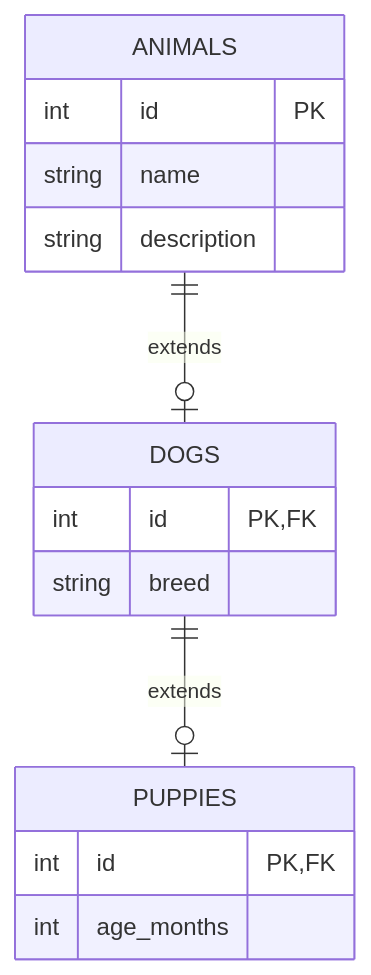
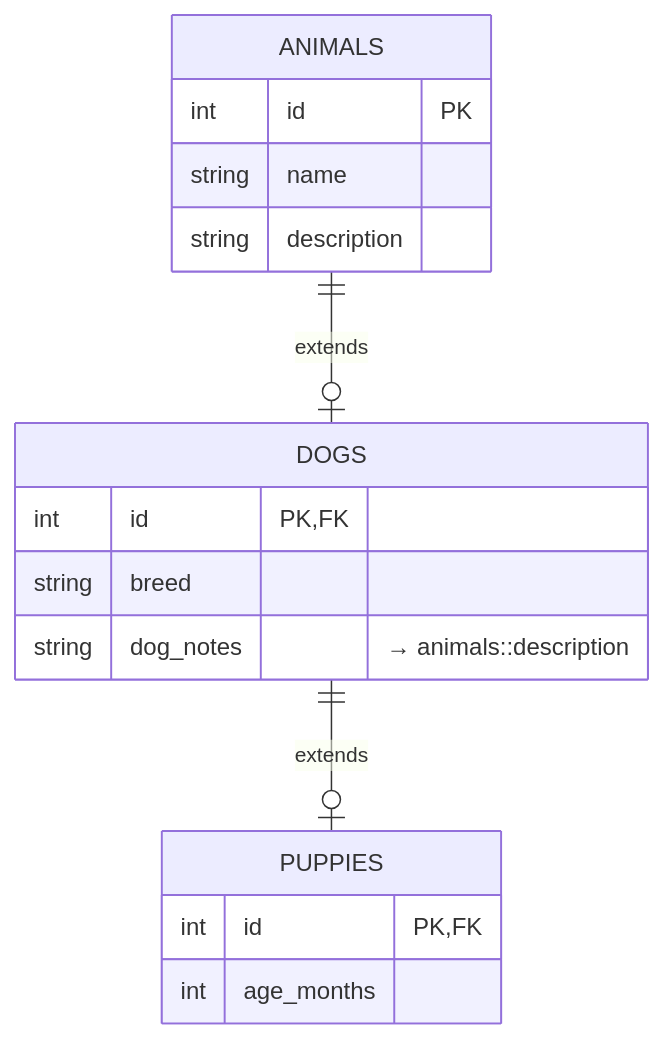
The second of 5 diagrams in README.md (LucaCappelletti94/diesel-builders), drawn with Mermaid before and after one commit. The commit also changed other lines of this file, not shown here.

Commit message:
Updated readme mermaid

````diff
--- a/README.md
+++ b/README.md
@@ -139,18 +140,19 @@
 ```mermaid
 erDiagram
     ANIMALS ||--o| DOGS : extends
     DOGS ||--o| PUPPIES : extends
     ANIMALS {
         int id PK
         string name
         string description
     }
     DOGS {
         int id PK,FK
         string breed
+        string dog_notes "→ animals::description"
     }
     PUPPIES {
         int id PK,FK
         int age_months
     }
 ```
````
